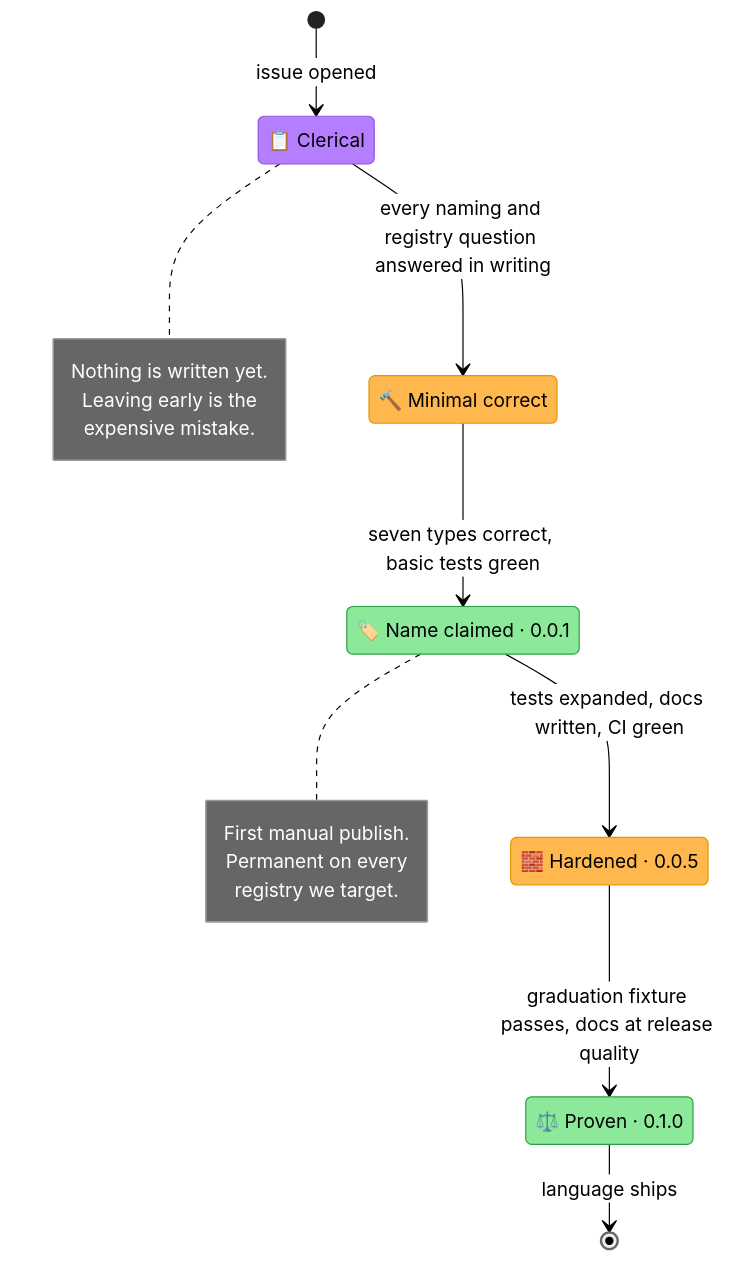
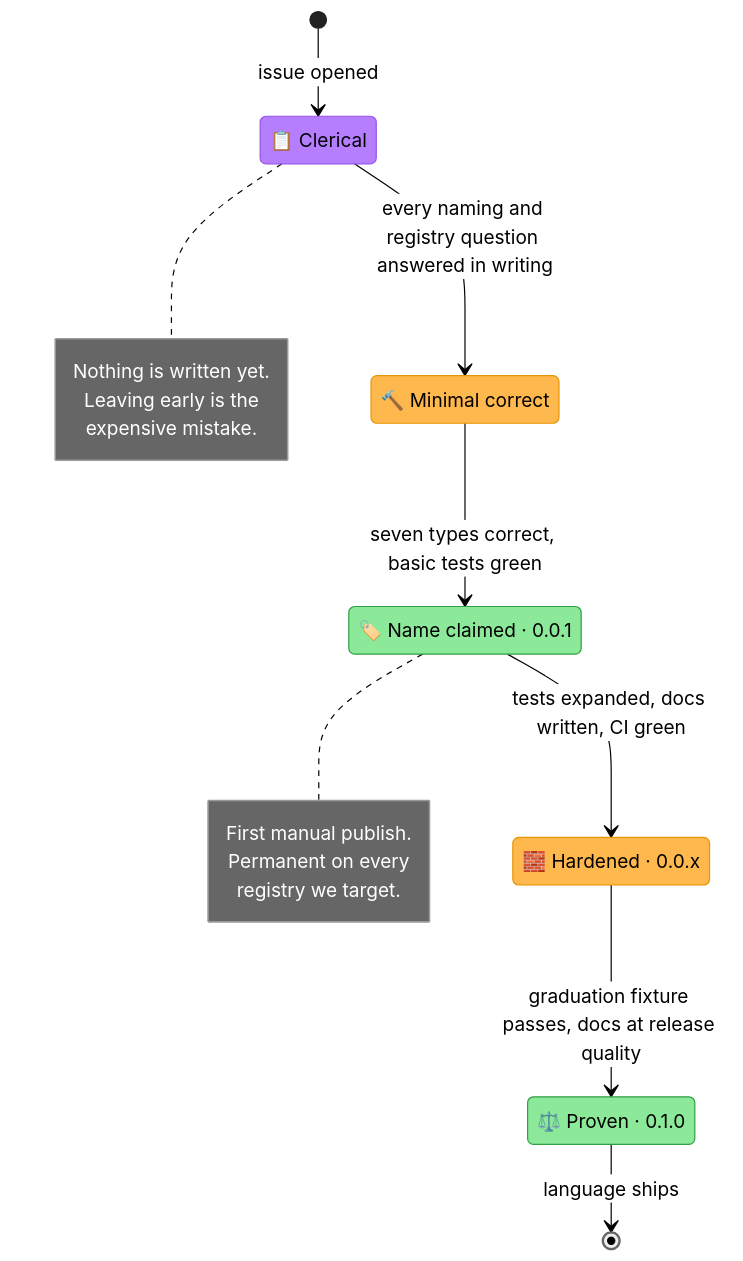
The diagram in docs/adding-a-language.md (pawan-vyas/verdict-rules), drawn with Mermaid (neutral theme) before and after one commit. The commit also changed other lines of this file and 3 other files, not shown here.

````diff
--- a/docs/adding-a-language.md
+++ b/docs/adding-a-language.md
@@ -36,39 +36,39 @@
 ```mermaid
 stateDiagram-v2
     direction TB
     [*] --> Clerical: issue opened
 
     state "📋 Clerical" as Clerical
     state "🔨 Minimal correct" as Minimal
     state "🏷️ Name claimed · 0.0.1" as Claimed
-    state "🧱 Hardened · 0.0.5" as Hardened
+    state "🧱 Hardened · 0.0.x" as Hardened
     state "⚖️ Proven · 0.1.0" as Proven
 
     Clerical --> Minimal: every naming and registry question answered in writing
     Minimal --> Claimed: seven types correct, basic tests green
     Claimed --> Hardened: tests expanded, docs written, CI green
     Hardened --> Proven: graduation fixture passes, docs at release quality
     Proven --> [*]: language ships
 
     note right of Clerical
         Nothing is written yet.
         Leaving early is the
         expensive mistake.
     end note
 
     note right of Claimed
         First manual publish.
         Permanent on every
         registry we target.
     end note
 
     classDef prep fill:#B47EFF,stroke:#9654E8,color:#000
     classDef build fill:#FFB84D,stroke:#E69500,color:#000
     classDef shipped fill:#8CE99A,stroke:#2F9E44,color:#000
 
     class Clerical prep
     class Minimal build
     class Hardened build
     class Claimed shipped
     class Proven shipped
 ```
````
